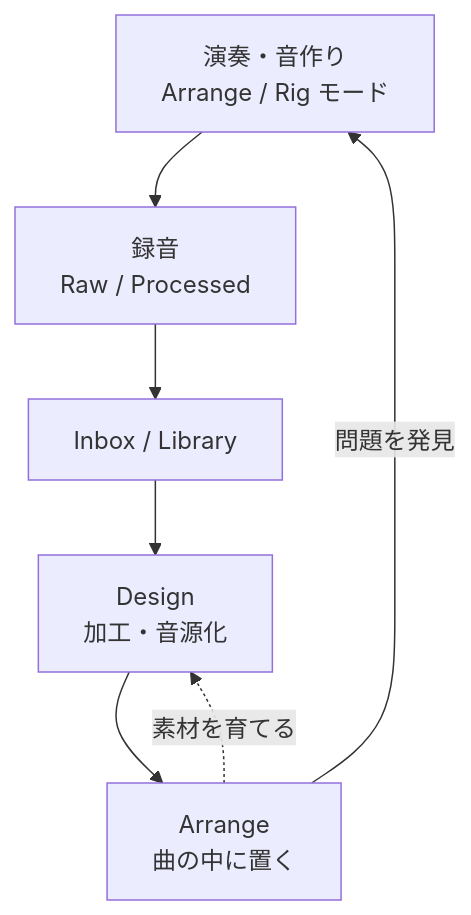
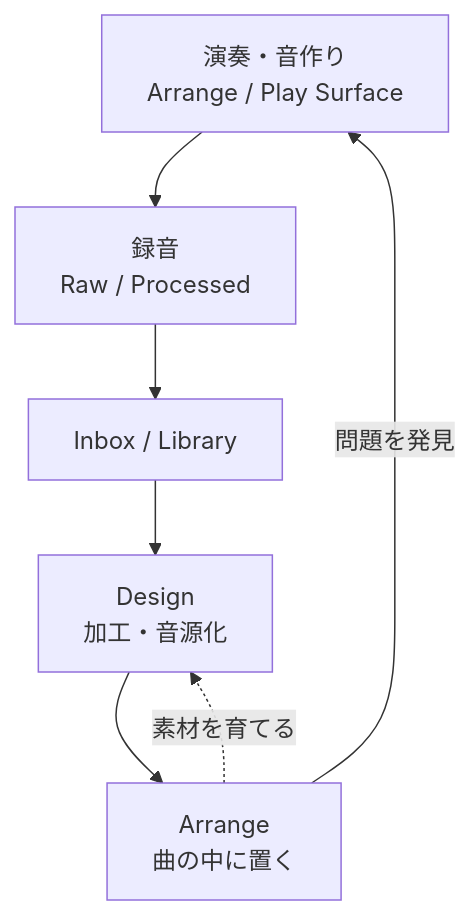
The third of 3 diagrams in docs/CONCEPT.md (endo-ly/riffra), drawn with Mermaid before and after one commit. The commit also changed other lines of this file and 50 other files, not shown here.

Commit message:
feat: merge Play into Arrange Play Surface

````diff
--- a/docs/CONCEPT.md
+++ b/docs/CONCEPT.md
@@ -108,9 +108,9 @@
 ```mermaid
 flowchart TD
-    P["演奏・音作り<br/>Arrange / Rig モード"] --> R["録音<br/>Raw / Processed"]
+    P["演奏・音作り<br/>Arrange / Play Surface"] --> R["録音<br/>Raw / Processed"]
     R --> I["Inbox / Library"]
     I --> D["Design<br/>加工・音源化"]
     D --> A["Arrange<br/>曲の中に置く"]
     A -->|問題を発見| P
     A -.->|素材を育てる| D
 ```
````
